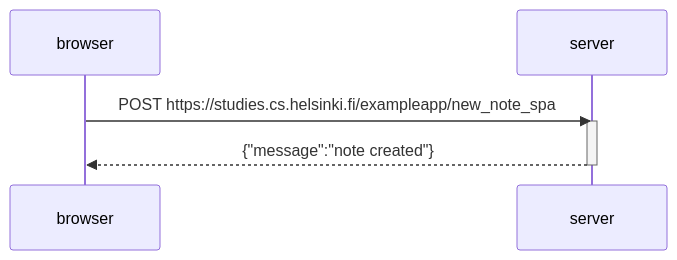
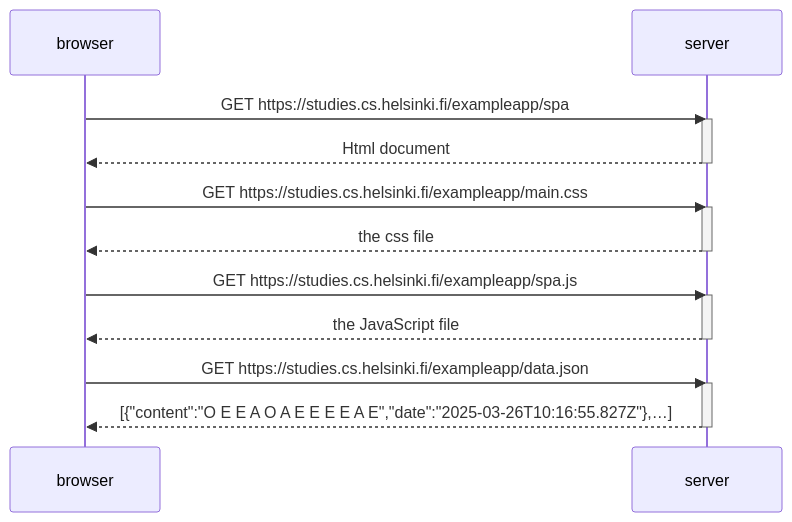
One commit to loubna213/fullstack-open changed the diagram in exercise-0.5/mermaid.md. Above: the diagram before and after it, drawn with Mermaid. The commit also changed 1 other file, not shown here.

````diff
--- a/exercise-0.5/mermaid.md
+++ b/exercise-0.5/mermaid.md
@@ -1,10 +1,25 @@
 ```mermaid
 sequenceDiagram
     participant browser
     participant server
 
-    browser->>server: POST https://studies.cs.helsinki.fi/exampleapp/new_note_spa
+    browser->>server: GET https://studies.cs.helsinki.fi/exampleapp/spa
     activate server
-    server-->>browser: {"message":"note created"}
+    server-->>browser: Html document
+    deactivate server
+
+    browser->>server: GET https://studies.cs.helsinki.fi/exampleapp/main.css
+    activate server
+    server-->>browser: the css file
+    deactivate server
+
+    browser->>server:  GET https://studies.cs.helsinki.fi/exampleapp/spa.js
+    activate server
+    server-->>browser:  the JavaScript file
+    deactivate server
+
+    browser->>server:  GET https://studies.cs.helsinki.fi/exampleapp/data.json
+    activate server
+    server-->>browser: [{"content":"O E E A O A E E E E A E","date":"2025-03-26T10:16:55.827Z"},…]
     deactivate server
 ```
````
